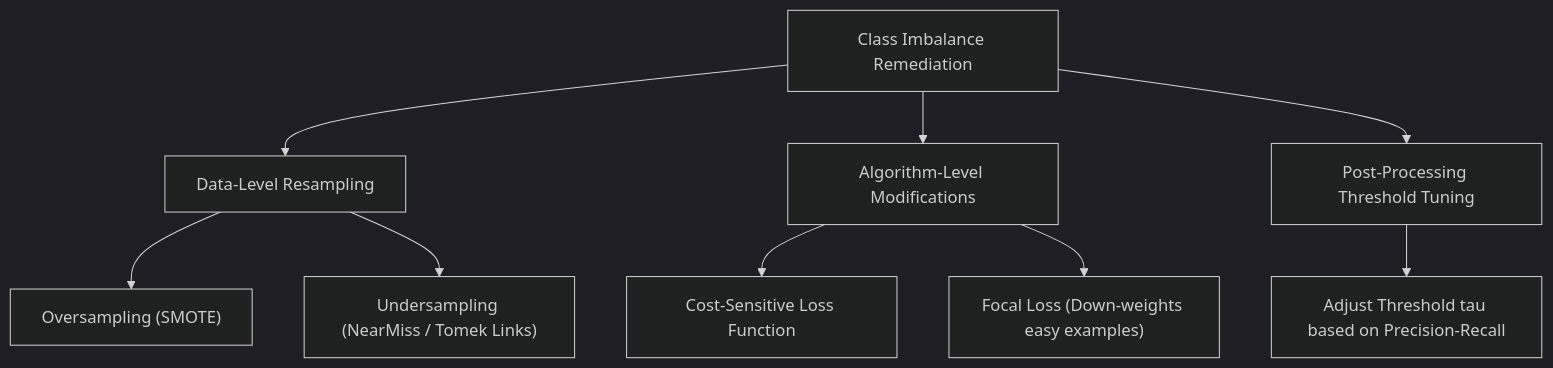
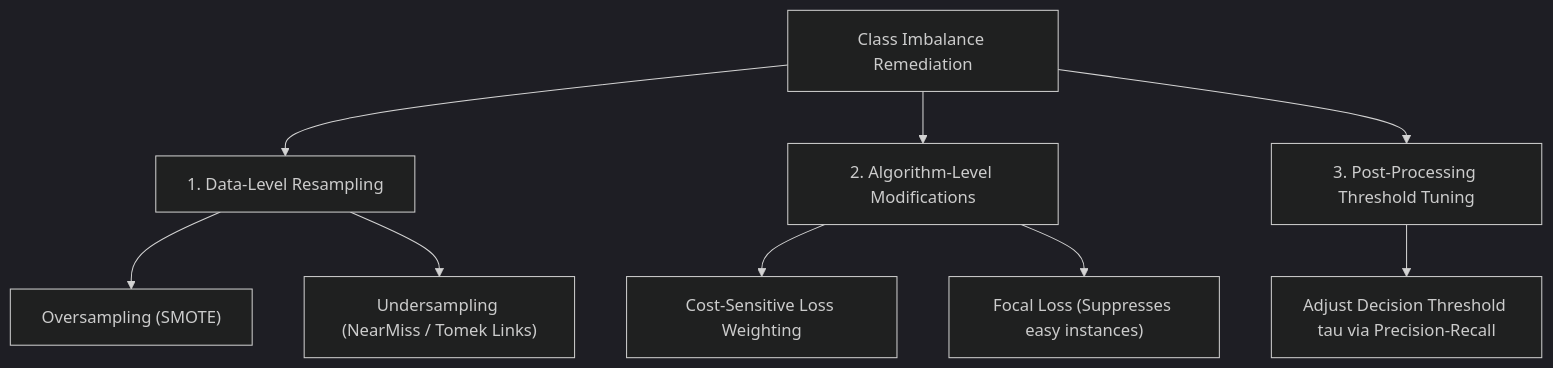
The third of 6 diagrams in docs/Exam-Prep/Machine-Learning/University-Question-Bank/02-part-b-questions.mdx (vettrivel-kl/vettrivel-kl.github.io), drawn with Mermaid (dark theme) before and after one commit. The commit also changed other lines of this file and 1 other file, not shown here.

````diff
--- a/docs/Exam-Prep/Machine-Learning/University-Question-Bank/02-part-b-questions.mdx
+++ b/docs/Exam-Prep/Machine-Learning/University-Question-Bank/02-part-b-questions.mdx
@@ -197,14 +213,14 @@
 ```mermaid
 flowchart TD
-    IMB["Class Imbalance Remediation"] --> D["Data-Level Resampling"]
-    IMB --> A["Algorithm-Level Modifications"]
-    IMB --> P["Post-Processing Threshold Tuning"]
+    IMB["Class Imbalance Remediation"] --> D["1. Data-Level Resampling"]
+    IMB --> A["2. Algorithm-Level Modifications"]
+    IMB --> P["3. Post-Processing Threshold Tuning"]
     
     D --> D1["Oversampling (SMOTE)"]
     D --> D2["Undersampling (NearMiss / Tomek Links)"]
     
-    A --> A1["Cost-Sensitive Loss Function"]
-    A --> A2["Focal Loss (Down-weights easy examples)"]
+    A --> A1["Cost-Sensitive Loss Weighting"]
+    A --> A2["Focal Loss (Suppresses easy instances)"]
     
-    P --> P1["Adjust Threshold tau based on Precision-Recall"]
+    P --> P1["Adjust Decision Threshold tau via Precision-Recall"]
 ```
````
